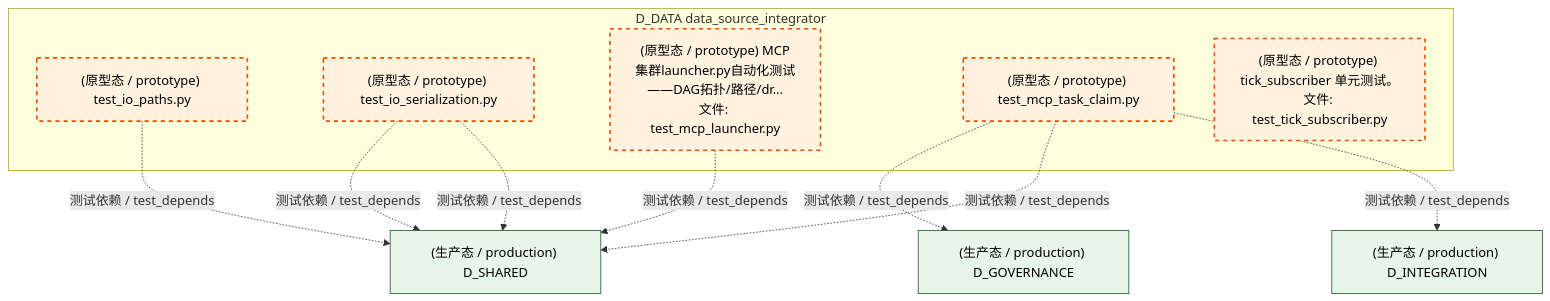
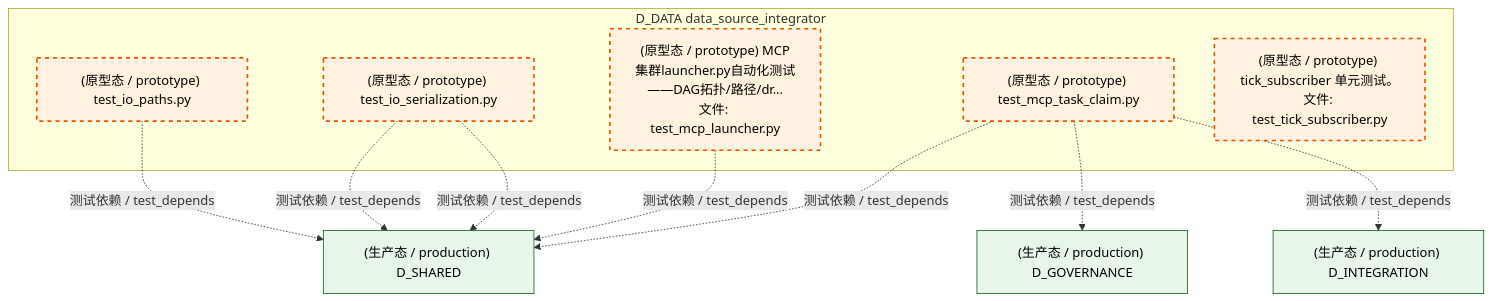
Before and after one commit to xuanFelixVan/ZephyrAlpha: the third of 6 diagrams in docs/02_enterprise_architecture/02_domain_architecture_docs/61_d_data.md, drawn with Mermaid. The commit also changed other lines of this file and 126 other files, not shown here.

````diff
--- a/docs/02_enterprise_architecture/02_domain_architecture_docs/61_d_data.md
+++ b/docs/02_enterprise_architecture/02_domain_architecture_docs/61_d_data.md
@@ -311,26 +311,26 @@
 ```mermaid
 graph TD
     subgraph D_DATA["D_DATA data_source_integrator"]
         tests_io_test_io_paths_py["(原型态 / prototype) test_io_paths.py"]
         tests_io_test_io_serialization_py["(原型态 / prototype) test_io_serialization.py"]
         tests_io_test_mcp_launcher_py["(原型态 / prototype) MCP集群launcher.py自动化测试——DAG拓扑/路径/dr...<br/>文件: test_mcp_launcher.py"]
         tests_io_test_mcp_task_claim_py["(原型态 / prototype) test_mcp_task_claim.py"]
         tests_zephyr_data_test_tick_subscriber_py["(原型态 / prototype) tick_subscriber 单元测试。<br/>文件: test_tick_subscriber.py"]
     end
+    D_SHARED["(生产态 / production) D_SHARED"]
+    tests_io_test_mcp_task_claim_py -.->|测试依赖 / test_depends| D_SHARED
     D_GOVERNANCE["(生产态 / production) D_GOVERNANCE"]
     tests_io_test_mcp_task_claim_py -.->|测试依赖 / test_depends| D_GOVERNANCE
-    D_SHARED["(生产态 / production) D_SHARED"]
-    tests_io_test_mcp_launcher_py -.->|测试依赖 / test_depends| D_SHARED
     tests_io_test_io_serialization_py -.->|测试依赖 / test_depends| D_SHARED
-    tests_io_test_mcp_task_claim_py -.->|测试依赖 / test_depends| D_SHARED
     D_INTEGRATION["(生产态 / production) D_INTEGRATION"]
     tests_io_test_mcp_task_claim_py -.->|测试依赖 / test_depends| D_INTEGRATION
     tests_io_test_io_serialization_py -.->|测试依赖 / test_depends| D_SHARED
+    tests_io_test_mcp_launcher_py -.->|测试依赖 / test_depends| D_SHARED
     tests_io_test_io_paths_py -.->|测试依赖 / test_depends| D_SHARED
     classDef production fill:#e1f5fe,stroke:#01579b,stroke-width:2px,color:#000
     classDef design fill:#fff3e0,stroke:#e65100,stroke-width:2px,color:#000,stroke-dasharray: 5 5
     classDef external_prod fill:#e8f5e9,stroke:#1b5e20,stroke-width:1px,color:#000
     classDef external_design fill:#fce4ec,stroke:#880e4f,stroke-width:1px,color:#000,stroke-dasharray: 5 5
     class tests_io_test_io_paths_py,tests_io_test_io_serialization_py,tests_io_test_mcp_launcher_py,tests_io_test_mcp_task_claim_py,tests_zephyr_data_test_tick_subscriber_py design
-    class D_GOVERNANCE,D_SHARED,D_INTEGRATION external_prod
+    class D_SHARED,D_GOVERNANCE,D_INTEGRATION external_prod
 ```
````
